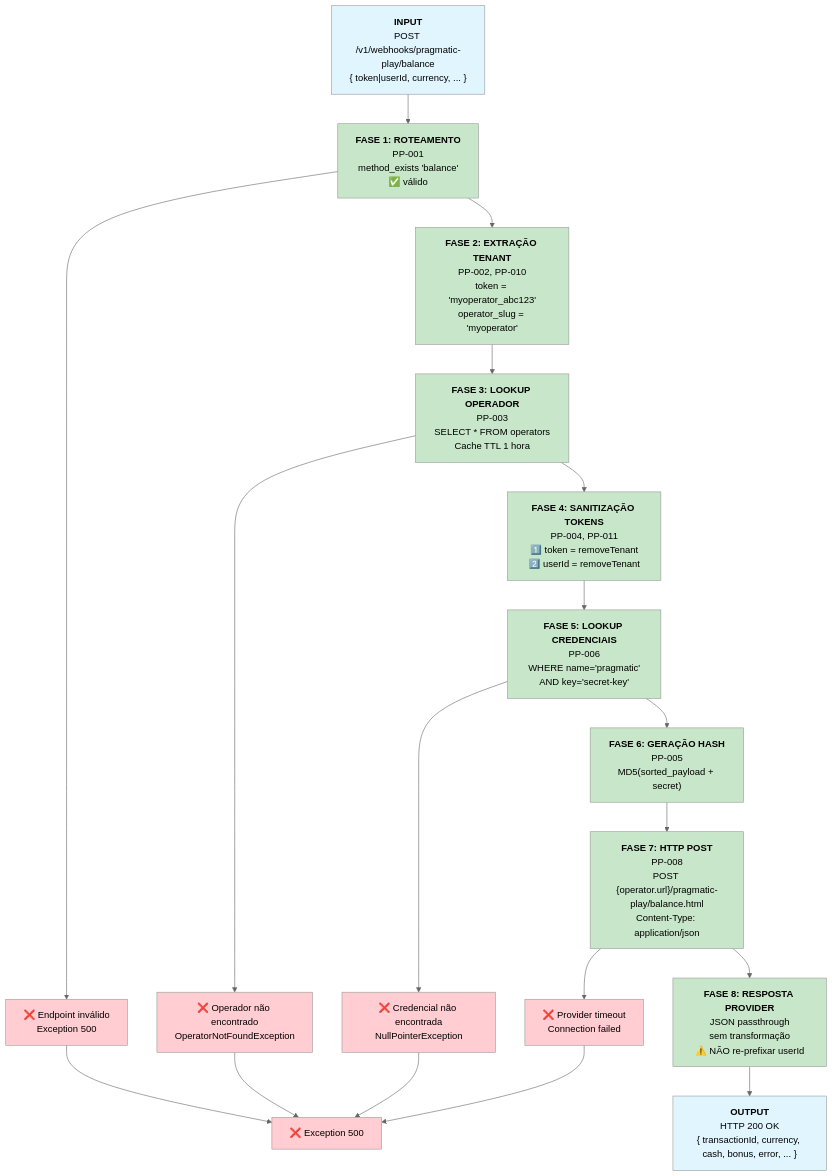
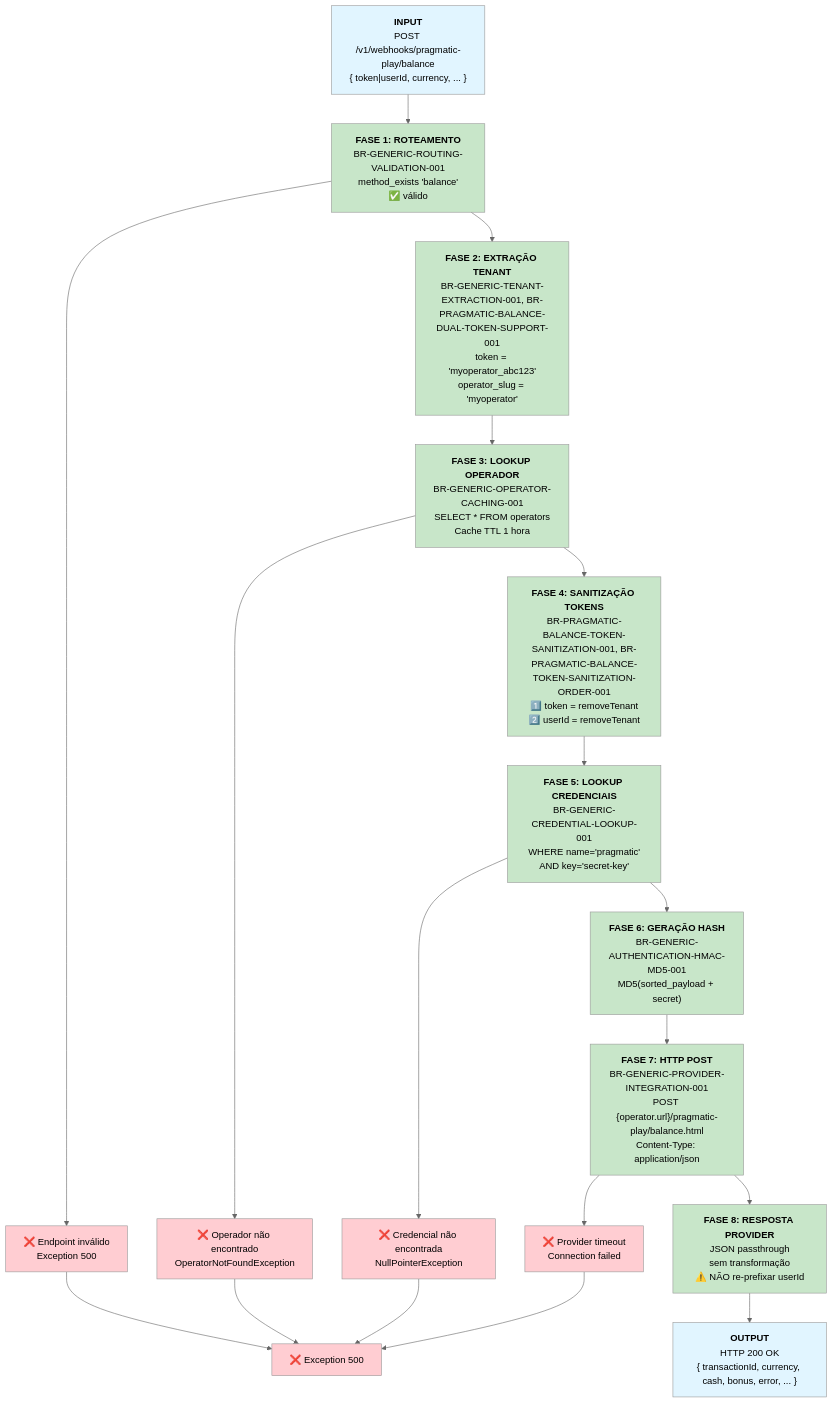
One commit to chies-cristian-labisit/casino-proxy-ai changed the diagram in docs/casino-proxy/phase-2-technical-documentation/pragmatic-play-balance.md. Above: the diagram before and after it, drawn with Mermaid (neutral theme). The commit also changed other lines of this file, not shown here.

First line of the commit message:
docs: Update Phase 2 /balance endpoint documentation with enterprise nomenclature

````diff
--- a/docs/casino-proxy/phase-2-technical-documentation/pragmatic-play-balance.md
+++ b/docs/casino-proxy/phase-2-technical-documentation/pragmatic-play-balance.md
@@ -24,43 +24,43 @@
 ```mermaid
 graph TD
     A["<b>INPUT</b><br/>POST /v1/webhooks/pragmatic-play/balance<br/>{ token|userId, currency, ... }"]
     
-    A --> B["<b>FASE 1: ROTEAMENTO</b><br/>PP-001<br/>method_exists 'balance'<br/>✅ válido"]
+    A --> B["<b>FASE 1: ROTEAMENTO</b><br/>BR-GENERIC-ROUTING-VALIDATION-001<br/>method_exists 'balance'<br/>✅ válido"]
     B --> B_err["❌ Endpoint inválido<br/>Exception 500"]
-    B --> C["<b>FASE 2: EXTRAÇÃO TENANT</b><br/>PP-002, PP-010<br/>token = 'myoperator_abc123'<br/>operator_slug = 'myoperator'"]
+    B --> C["<b>FASE 2: EXTRAÇÃO TENANT</b><br/>BR-GENERIC-TENANT-EXTRACTION-001, BR-PRAGMATIC-BALANCE-DUAL-TOKEN-SUPPORT-001<br/>token = 'myoperator_abc123'<br/>operator_slug = 'myoperator'"]
     
-    C --> D["<b>FASE 3: LOOKUP OPERADOR</b><br/>PP-003<br/>SELECT * FROM operators<br/>Cache TTL 1 hora"]
+    C --> D["<b>FASE 3: LOOKUP OPERADOR</b><br/>BR-GENERIC-OPERATOR-CACHING-001<br/>SELECT * FROM operators<br/>Cache TTL 1 hora"]
     D --> D_err["❌ Operador não encontrado<br/>OperatorNotFoundException"]
-    D --> E["<b>FASE 4: SANITIZAÇÃO TOKENS</b><br/>PP-004, PP-011<br/>1️⃣ token = removeTenant<br/>2️⃣ userId = removeTenant"]
+    D --> E["<b>FASE 4: SANITIZAÇÃO TOKENS</b><br/>BR-PRAGMATIC-BALANCE-TOKEN-SANITIZATION-001, BR-PRAGMATIC-BALANCE-TOKEN-SANITIZATION-ORDER-001<br/>1️⃣ token = removeTenant<br/>2️⃣ userId = removeTenant"]
     
-    E --> F["<b>FASE 5: LOOKUP CREDENCIAIS</b><br/>PP-006<br/>WHERE name='pragmatic'<br/>AND key='secret-key'"]
+    E --> F["<b>FASE 5: LOOKUP CREDENCIAIS</b><br/>BR-GENERIC-CREDENTIAL-LOOKUP-001<br/>WHERE name='pragmatic'<br/>AND key='secret-key'"]
     F --> F_err["❌ Credencial não encontrada<br/>NullPointerException"]
-    F --> G["<b>FASE 6: GERAÇÃO HASH</b><br/>PP-005<br/>MD5(sorted_payload + secret)"]
+    F --> G["<b>FASE 6: GERAÇÃO HASH</b><br/>BR-GENERIC-AUTHENTICATION-HMAC-MD5-001<br/>MD5(sorted_payload + secret)"]
     
-    G --> H["<b>FASE 7: HTTP POST</b><br/>PP-008<br/>POST {operator.url}/pragmatic-play/balance.html<br/>Content-Type: application/json"]
+    G --> H["<b>FASE 7: HTTP POST</b><br/>BR-GENERIC-PROVIDER-INTEGRATION-001<br/>POST {operator.url}/pragmatic-play/balance.html<br/>Content-Type: application/json"]
     H --> H_err["❌ Provider timeout<br/>Connection failed"]
     H --> I["<b>FASE 8: RESPOSTA PROVIDER</b><br/>JSON passthrough<br/>sem transformação<br/>⚠️ NÃO re-prefixar userId"]
     
     I --> J["<b>OUTPUT</b><br/>HTTP 200 OK<br/>{ transactionId, currency, cash, bonus, error, ... }"]
     
     B_err --> X["❌ Exception 500"]
     D_err --> X
     F_err --> X
     H_err --> X
     
     style A fill:#e1f5ff
     style B fill:#c8e6c9
     style C fill:#c8e6c9
     style D fill:#c8e6c9
     style E fill:#c8e6c9
     style F fill:#c8e6c9
     style G fill:#c8e6c9
     style H fill:#c8e6c9
     style I fill:#c8e6c9
     style J fill:#e1f5ff
     style X fill:#ffcdd2
     style B_err fill:#ffcdd2
     style D_err fill:#ffcdd2
     style F_err fill:#ffcdd2
     style H_err fill:#ffcdd2
 ```
````
